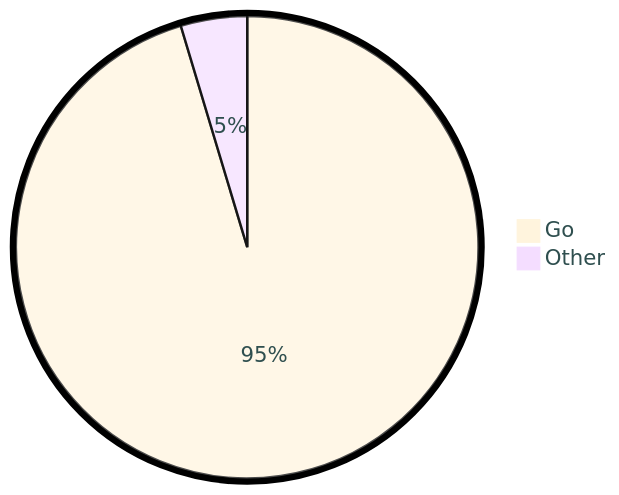
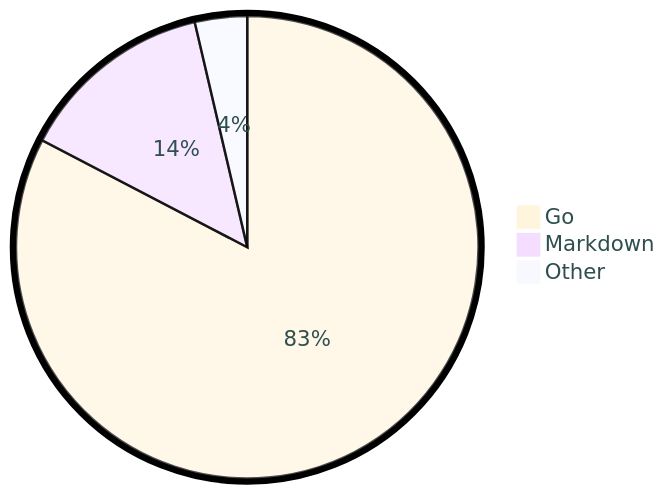
Before and after one commit to tot0p/tot0p: the diagram in README.md, drawn with Mermaid. The commit also changed other lines of this file, not shown here.

````diff
--- a/README.md
+++ b/README.md
@@ -72,6 +73,7 @@
 ```mermaid
 %%{init: {"pie": {"textPosition": 0.5}, "themeVariables": {"pieOuterStrokeWidth": "5px","primaryTextColor" : "#2F4F4F"},"theme":"base"} }%%
 pie
-	"Go": 95.36
-	"Other": 4.64
+	"Go": 82.65
+	"Markdown": 13.7
+	"Other": 3.6499999999999995
 ```
````
